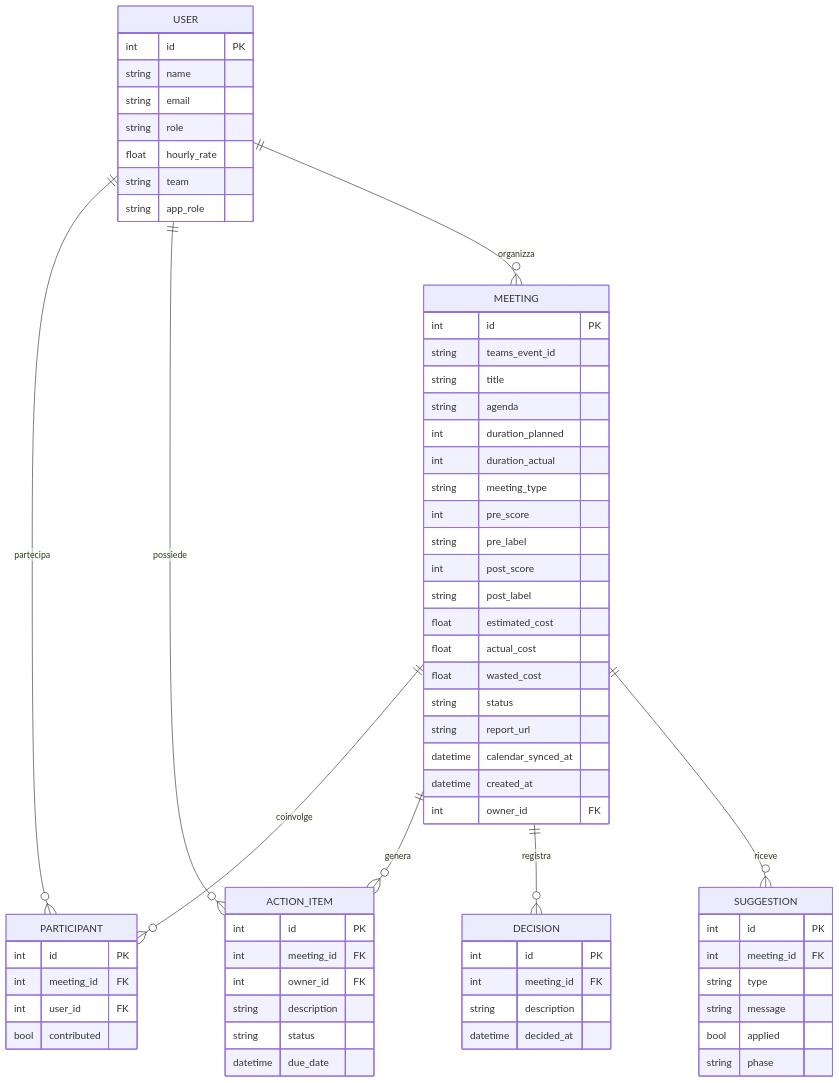
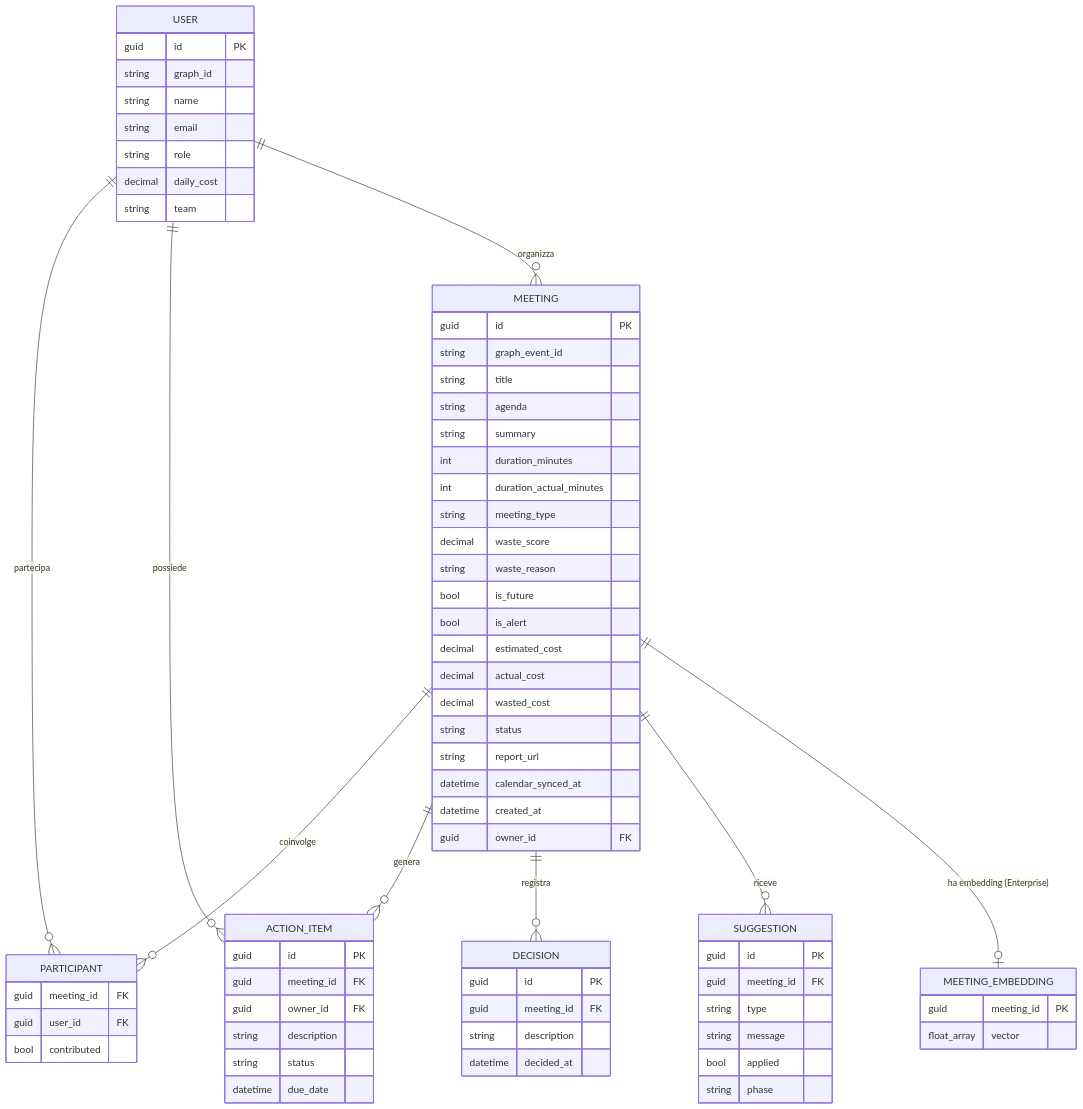
The third of 6 diagrams in docs/specifications/01_Analisi_Funzionale.md (martinabruniagic/Internal.TeamBuilding2026.MeetingWasteKiller), drawn with Mermaid before and after one commit. The commit also changed other lines of this file, not shown here.

````diff
--- a/docs/specifications/01_Analisi_Funzionale.md
+++ b/docs/specifications/01_Analisi_Funzionale.md
@@ -514,68 +519,73 @@
 ```mermaid
 erDiagram
   MEETING {
-    int id PK
-    string teams_event_id
+    guid id PK
+    string graph_event_id
     string title
     string agenda
-    int duration_planned
-    int duration_actual
+    string summary
+    int duration_minutes
+    int duration_actual_minutes
     string meeting_type
-    int pre_score
-    string pre_label
-    int post_score
-    string post_label
-    float estimated_cost
-    float actual_cost
-    float wasted_cost
+    decimal waste_score
+    string waste_reason
+    bool is_future
+    bool is_alert
+    decimal estimated_cost
+    decimal actual_cost
+    decimal wasted_cost
     string status
     string report_url
     datetime calendar_synced_at
     datetime created_at
-    int owner_id FK
+    guid owner_id FK
   }
   USER {
-    int id PK
+    guid id PK
+    string graph_id
     string name
     string email
     string role
-    float hourly_rate
+    decimal daily_cost
     string team
-    string app_role
   }
   PARTICIPANT {
-    int id PK
-    int meeting_id FK
-    int user_id FK
+    guid meeting_id FK
+    guid user_id FK
     bool contributed
   }
   ACTION_ITEM {
-    int id PK
-    int meeting_id FK
-    int owner_id FK
+    guid id PK
+    guid meeting_id FK
+    guid owner_id FK
     string description
     string status
     datetime due_date
   }
   DECISION {
-    int id PK
-    int meeting_id FK
+    guid id PK
+    guid meeting_id FK
     string description
     datetime decided_at
   }
   SUGGESTION {
-    int id PK
-    int meeting_id FK
+    guid id PK
+    guid meeting_id FK
     string type
     string message
     bool applied
     string phase
   }
+  MEETING_EMBEDDING {
+    guid meeting_id PK
+    float_array vector
+  }
   MEETING ||--o{ PARTICIPANT : "coinvolge"
   MEETING ||--o{ ACTION_ITEM : "genera"
   MEETING ||--o{ DECISION : "registra"
   MEETING ||--o{ SUGGESTION : "riceve"
+  MEETING ||--o| MEETING_EMBEDDING : "ha embedding (Enterprise)"
   USER ||--o{ PARTICIPANT : "partecipa"
   USER ||--o{ ACTION_ITEM : "possiede"
   USER ||--o{ MEETING : "organizza"
 ```
````
